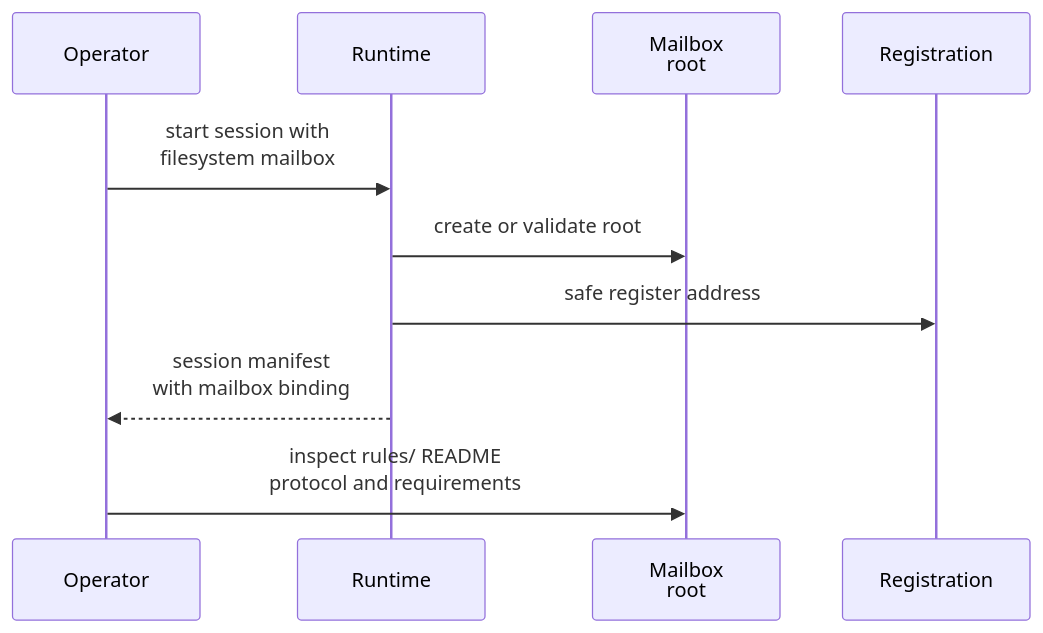
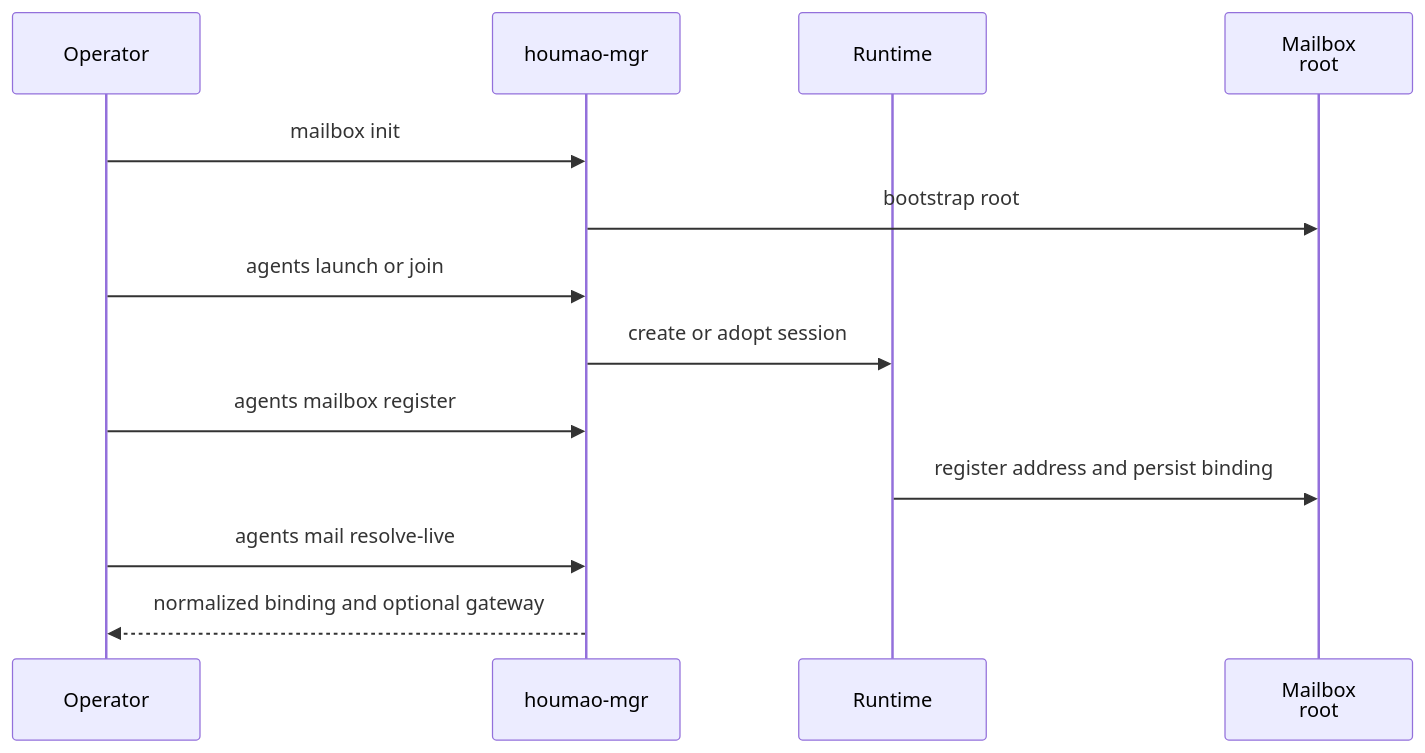
The diagram in docs/reference/mailbox/operations/common-workflows.md (igamenovoer/houmao), drawn with Mermaid before and after one commit. The commit also changed other lines of this file and 33 other files, not shown here.

Commit message:
feat: refactor agents mail discovery and fallback

````diff
--- a/docs/reference/mailbox/operations/common-workflows.md
+++ b/docs/reference/mailbox/operations/common-workflows.md
@@ -29,12 +31,15 @@
 ```mermaid
 sequenceDiagram
     participant Op as Operator
+    participant CLI as houmao-mgr
     participant RT as Runtime
     participant FS as Mailbox<br/>root
-    participant Reg as Registration
-    Op->>RT: start session with<br/>filesystem mailbox
-    RT->>FS: create or validate root
-    RT->>Reg: safe register address
-    RT-->>Op: session manifest<br/>with mailbox binding
-    Op->>FS: inspect rules/ README<br/>protocol and requirements
+    Op->>CLI: mailbox init
+    CLI->>FS: bootstrap root
+    Op->>CLI: agents launch or join
+    CLI->>RT: create or adopt session
+    Op->>CLI: agents mailbox register
+    RT->>FS: register address and persist binding
+    Op->>CLI: agents mail resolve-live
+    CLI-->>Op: normalized binding and optional gateway
 ```
````
